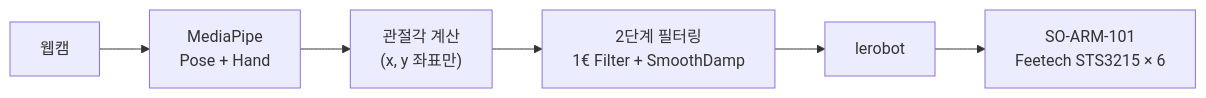
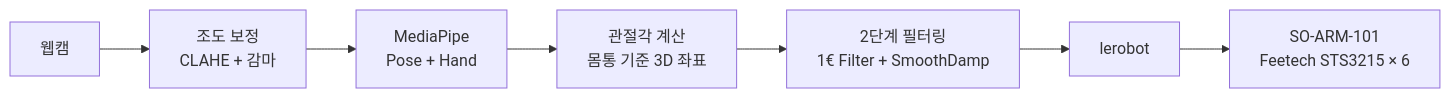
Before and after one commit to kakabab12/My_portfolio: the diagram in 2026/05. 웹캠 로봇팔 원격조종/README.md, drawn with Mermaid. The commit also changed other lines of this file and 42 other files, not shown here.

````diff
--- a/2026/05. 웹캠 로봇팔 원격조종/README.md
+++ b/2026/05. 웹캠 로봇팔 원격조종/README.md
@@ -18,8 +18,9 @@
 ```mermaid
 flowchart LR
-    A["웹캠"] --> B["MediaPipe<br/>Pose + Hand"]
-    B --> C["관절각 계산<br/>(x, y 좌표만)"]
+    A["웹캠"] --> L["조도 보정<br/>CLAHE + 감마"]
+    L --> B["MediaPipe<br/>Pose + Hand"]
+    B --> C["관절각 계산<br/>몸통 기준 3D 좌표"]
     C --> D["2단계 필터링<br/>1€ Filter + SmoothDamp"]
     D --> E["lerobot"]
     E --> F["SO-ARM-101<br/>Feetech STS3215 × 6"]
 ```
````
